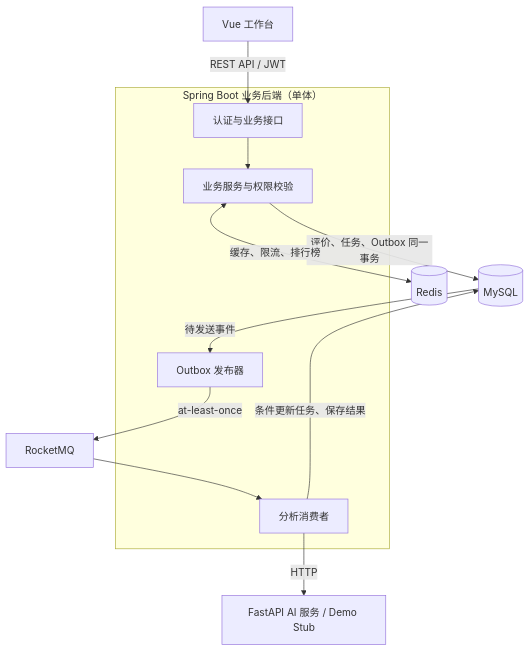
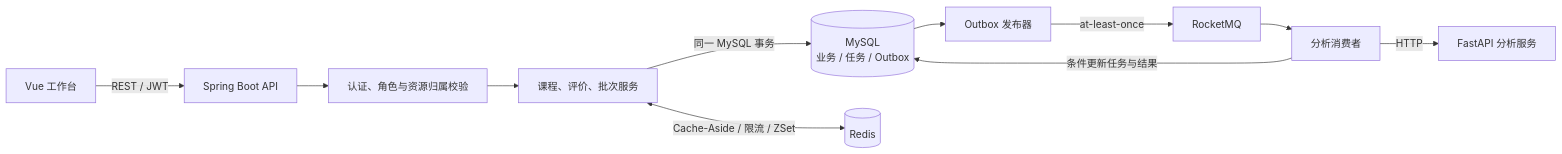
One commit to mofengyan595/courseinsight-cloud changed the diagram in README.md. Above: the diagram before and after it, drawn with Mermaid. The commit also changed other lines of this file, not shown here.

````diff
--- a/README.md
+++ b/README.md
@@ -32,16 +37,13 @@
 ```mermaid
-flowchart TB
-    Web["Vue 工作台"] -->|REST API / JWT| API
-    subgraph Boot["Spring Boot 业务后端（单体）"]
-        API["认证与业务接口"] --> Service["业务服务与权限校验"]
-        Publisher["Outbox 发布器"]
-        Consumer["分析消费者"]
-    end
-    Service -->|评价、任务、Outbox 同一事务| DB[("MySQL")]
-    Service <-->|缓存、限流、排行榜| Redis[("Redis")]
-    DB -->|待发送事件| Publisher
-    Publisher -->|at-least-once| MQ["RocketMQ"]
-    MQ --> Consumer
-    Consumer -->|HTTP| AI["FastAPI AI 服务 / Demo Stub"]
-    Consumer -->|条件更新任务、保存结果| DB
+flowchart LR
+    Web[Vue 工作台] -->|REST / JWT| API[Spring Boot API]
+    API --> Auth[认证、角色与资源归属校验]
+    Auth --> Biz[课程、评价、批次服务]
+    Biz -->|同一 MySQL 事务| DB[(MySQL\n业务 / 任务 / Outbox)]
+    Biz <-->|Cache-Aside / 限流 / ZSet| Redis[(Redis)]
+    DB --> Pub[Outbox 发布器]
+    Pub -->|at-least-once| MQ[RocketMQ]
+    MQ --> Worker[分析消费者]
+    Worker -->|HTTP| AI[FastAPI 分析服务]
+    Worker -->|条件更新任务与结果| DB
 ```
````
